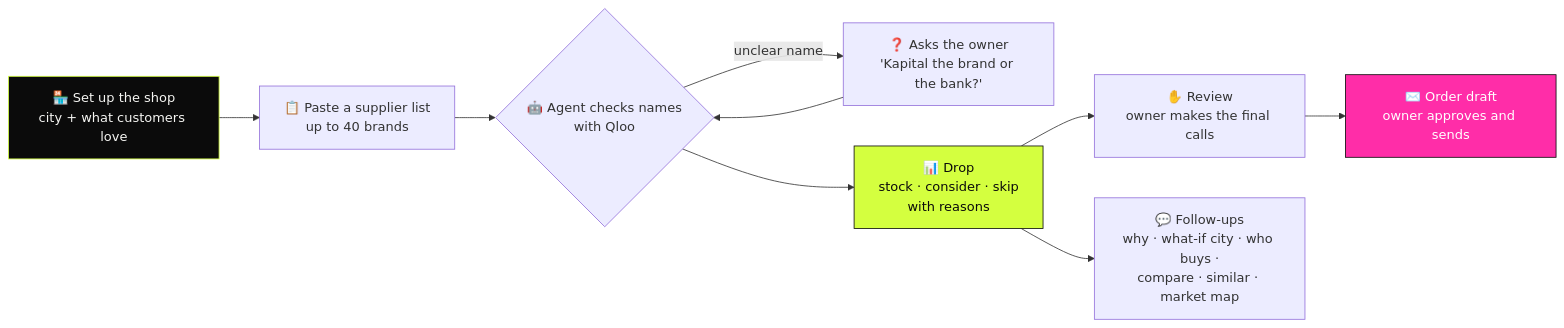
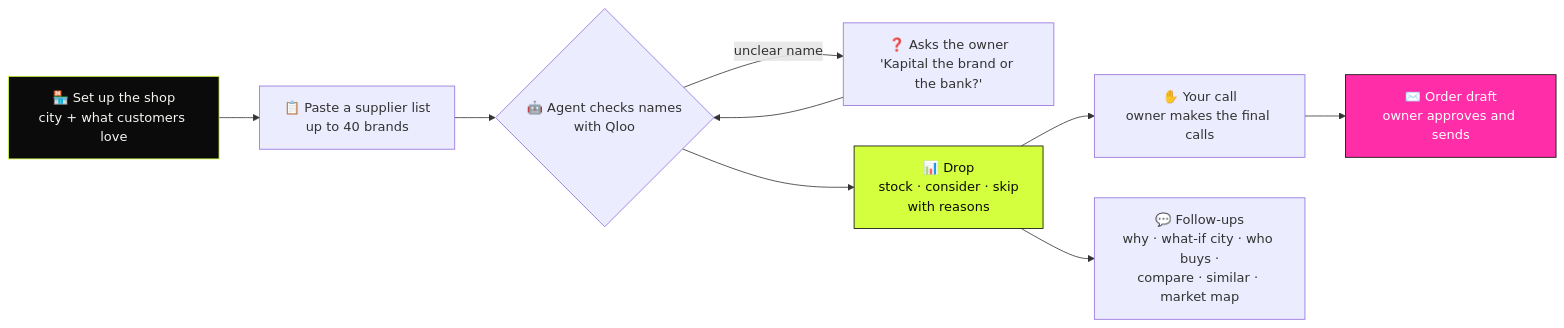
One commit to 0xvikram/buysheet changed the first of 6 diagrams in README.md. Above: the diagram before and after it, drawn with Mermaid. The commit also changed other lines of this file and 11 other files, not shown here.

First line of the commit message:
Remove the Review tab; calls are made in the table

````diff
--- a/README.md
+++ b/README.md
@@ -108,15 +108,15 @@
 ```mermaid
 flowchart LR
     A["🏪 Set up the shop<br/>city + what customers love"] --> B["📋 Paste a supplier list<br/>up to 40 brands"]
     B --> C{"🤖 Agent checks names<br/>with Qloo"}
     C -- "unclear name" --> Q["❓ Asks the owner<br/>'Kapital the brand or the bank?'"]
     Q --> C
     C --> D["📊 Drop<br/>stock · consider · skip<br/>with reasons"]
-    D --> E["✋ Review<br/>owner makes the final calls"]
+    D --> E["✋ Your call<br/>owner makes the final calls"]
     E --> F["✉️ Order draft<br/>owner approves and sends"]
     D --> G["💬 Follow-ups<br/>why · what-if city · who buys ·<br/>compare · similar · market map"]
 
     style A fill:#0B0B0B,color:#F5F5F2,stroke:#D4FF3F
     style D fill:#D4FF3F,color:#0B0B0B,stroke:#0B0B0B
     style F fill:#FF2DA8,color:#ffffff,stroke:#0B0B0B
 ```
````
